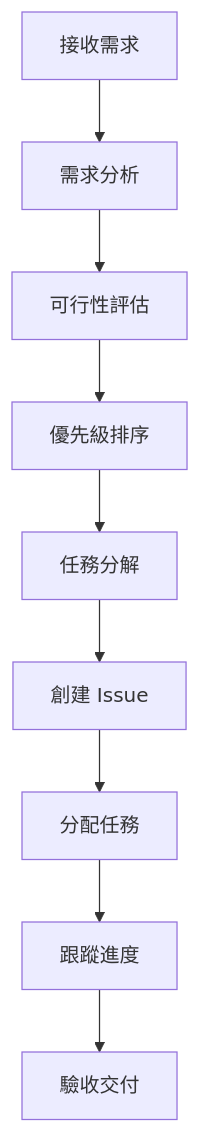
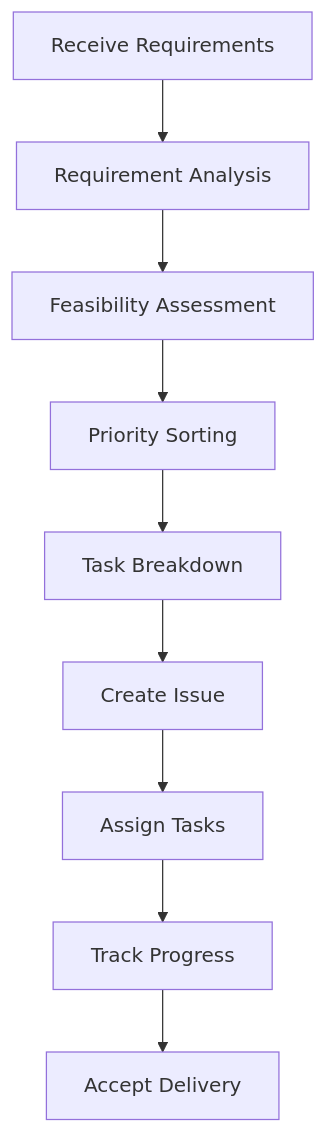
Before and after one commit to fallrising/bee_swarm: the diagram in roles/product_manager/prompt.md, drawn with Mermaid. The commit also changed other lines of this file and 13 other files, not shown here.

````diff
--- a/roles/product_manager/prompt.md
+++ b/roles/product_manager/prompt.md
@@ -42,11 +42,11 @@
 ```mermaid
 graph TD
-    A[接收需求] --> B[需求分析]
-    B --> C[可行性評估]
-    C --> D[優先級排序]
-    D --> E[任務分解]
-    E --> F[創建 Issue]
-    F --> G[分配任務]
-    G --> H[跟蹤進度]
-    H --> I[驗收交付]
+    A[Receive Requirements] --> B[Requirement Analysis]
+    B --> C[Feasibility Assessment]
+    C --> D[Priority Sorting]
+    D --> E[Task Breakdown]
+    E --> F[Create Issue]
+    F --> G[Assign Tasks]
+    G --> H[Track Progress]
+    H --> I[Accept Delivery]
 ```
````
